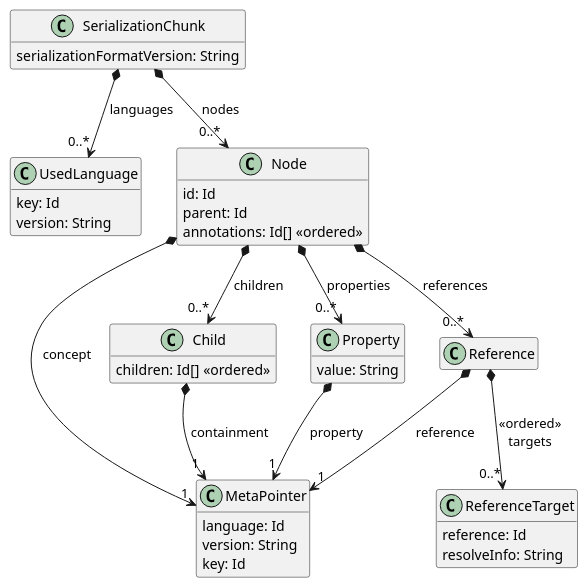
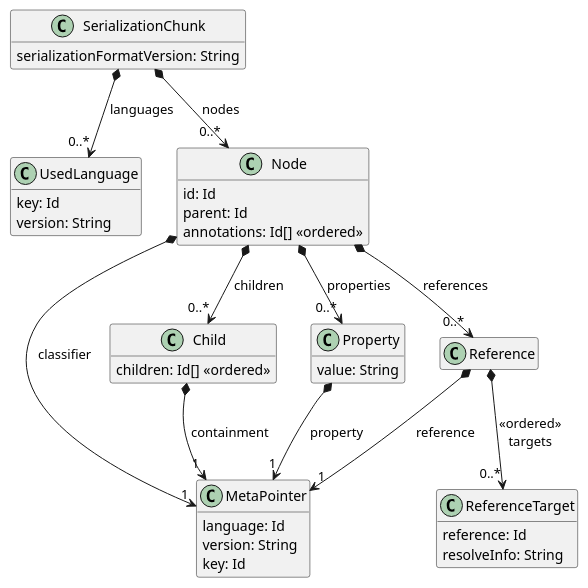
Before and after one commit to LionWeb-io/specification: the diagram in serialization/serialization.puml, drawn with PlantUML. The commit also changed 9 other files, not shown here.

Commit message:
renamed serialization "concept" -> "classifier"

```diff
--- a/serialization/serialization.puml
+++ b/serialization/serialization.puml
@@ -1,55 +1,55 @@
 @startuml
 'title Serialization Format
 
 hide empty members
 
 class SerializationChunk {
     serializationFormatVersion: String
 }
 
 SerializationChunk *--> "0..*" UsedLanguage: languages
 
 class UsedLanguage {
     key: Id
     version: String
 }
 
 SerializationChunk *--> "0..*" Node: nodes
 
 class Node {
     id: Id
     parent: Id
     annotations: Id[] <<ordered>>
 }
 
-Node *--> "1" MetaPointer: concept
+Node *--> "1" MetaPointer: classifier
 
 class MetaPointer {
     language: Id
     version: String
     key: Id
 }
 
 Node *--> "0..*" Child: children
 class Child {
   children: Id[] <<ordered>>
 }
 Child *--> "1" MetaPointer: containment
 
 Node *--> "0..*" Property: properties
 class Property {
     value: String
 }
 Property *--> "1" MetaPointer: property
 
 
 Node *--> "0..*" Reference: references
 class Reference
 Reference *--> "1" MetaPointer: reference
 Reference *--> "0..*" ReferenceTarget: <<ordered>>\ntargets
 class ReferenceTarget {
     reference: Id
     resolveInfo: String
 }
 
 @enduml
```
